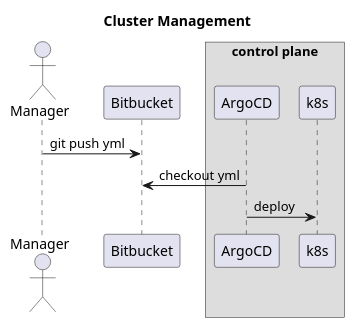
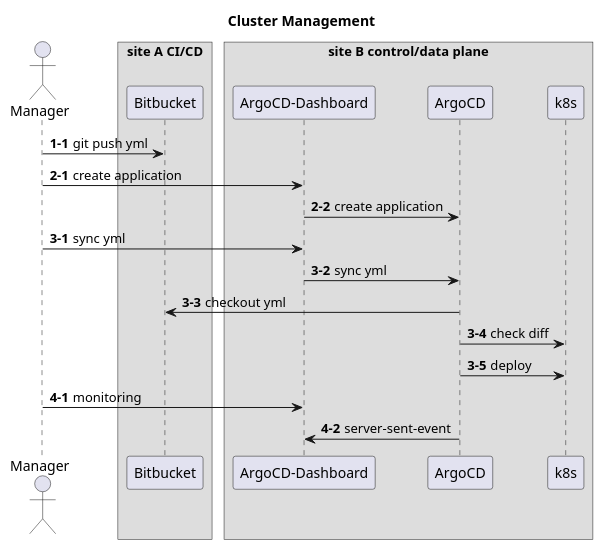
Before and after one commit to kloudbank/htdp1.github.io: the third of 10 diagrams in docs/src/multi-cloud/diagram.md, drawn with PlantUML. The commit also changed other lines of this file, not shown here.

Commit message:
modify diagram

```diff
--- a/docs/src/multi-cloud/diagram.md
+++ b/docs/src/multi-cloud/diagram.md
@@ -145,19 +138,33 @@
 @startuml
 
 scale 1
 skinparam ParticipantPadding 5
 skinparam BoxPadding 5
 title "Cluster Management"
 
 Actor Manager
-participant Bitbucket
-box "control plane"
+box "site A CI/CD"
+    participant Bitbucket
+end box
+box "site B control/data plane"
+    participant "ArgoCD-Dashboard" as argocddash
     participant ArgoCD
     participant k8s
 end box
 
-Manager -> Bitbucket : git push yml
-ArgoCD -> Bitbucket : checkout yml
-ArgoCD -> k8s : deploy
+autonumber 1-1
+    Manager -> Bitbucket : git push yml
+autonumber 2-1
+    Manager -> argocddash : create application
+    argocddash -> ArgoCD : create application
+autonumber 3-1
+    Manager -> argocddash : sync yml
+    argocddash -> ArgoCD : sync yml
+    ArgoCD -> Bitbucket : checkout yml
+    ArgoCD -> k8s : check diff
+    ArgoCD -> k8s : deploy
+autonumber 4-1
+    Manager -> argocddash : monitoring
+    ArgoCD -> argocddash : server-sent-event
 
 @enduml
```
